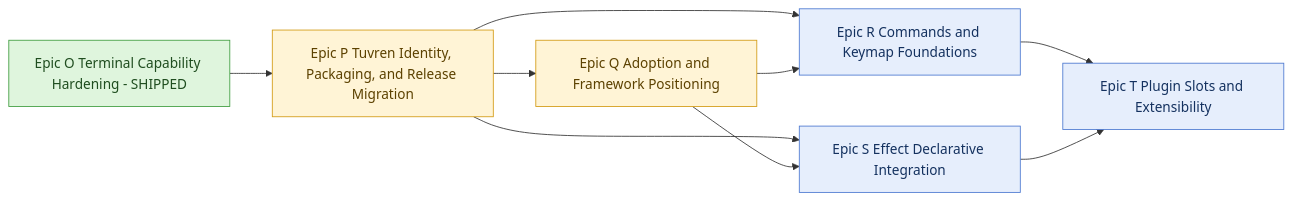
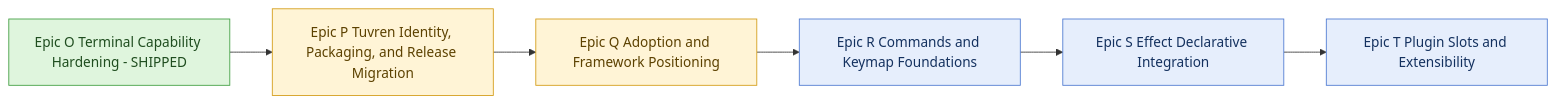
Before and after one commit to Tuvren/tuvren-tui: the diagram in docs/Tasks.md, drawn with Mermaid. The commit also changed other lines of this file and 2 other files, not shown here.

Commit message:
Tighten the Tuvren roadmap docs after review

````diff
--- a/docs/Tasks.md
+++ b/docs/Tasks.md
@@ -61,25 +61,22 @@
 ```mermaid
 flowchart LR
     O[Epic O Terminal Capability Hardening - SHIPPED]:::done
     P[Epic P Tuvren Identity, Packaging, and Release Migration]:::active
     Q[Epic Q Adoption and Framework Positioning]:::active
     R[Epic R Commands and Keymap Foundations]:::future
     S[Epic S Effect Declarative Integration]:::future
     T[Epic T Plugin Slots and Extensibility]:::future
 
     O --> P
     P --> Q
-    P --> R
-    P --> S
     Q --> R
-    Q --> S
-    R --> T
+    R --> S
     S --> T
 
     class O done;
     class P,Q active;
     class R,S,T future;
     classDef done fill:#dff5dd,stroke:#3f9d3f,color:#1f4d1f;
     classDef active fill:#fff4d6,stroke:#d39b14,color:#5c4100;
     classDef future fill:#e6eefc,stroke:#4c78d0,color:#14315f;
 ```
````
